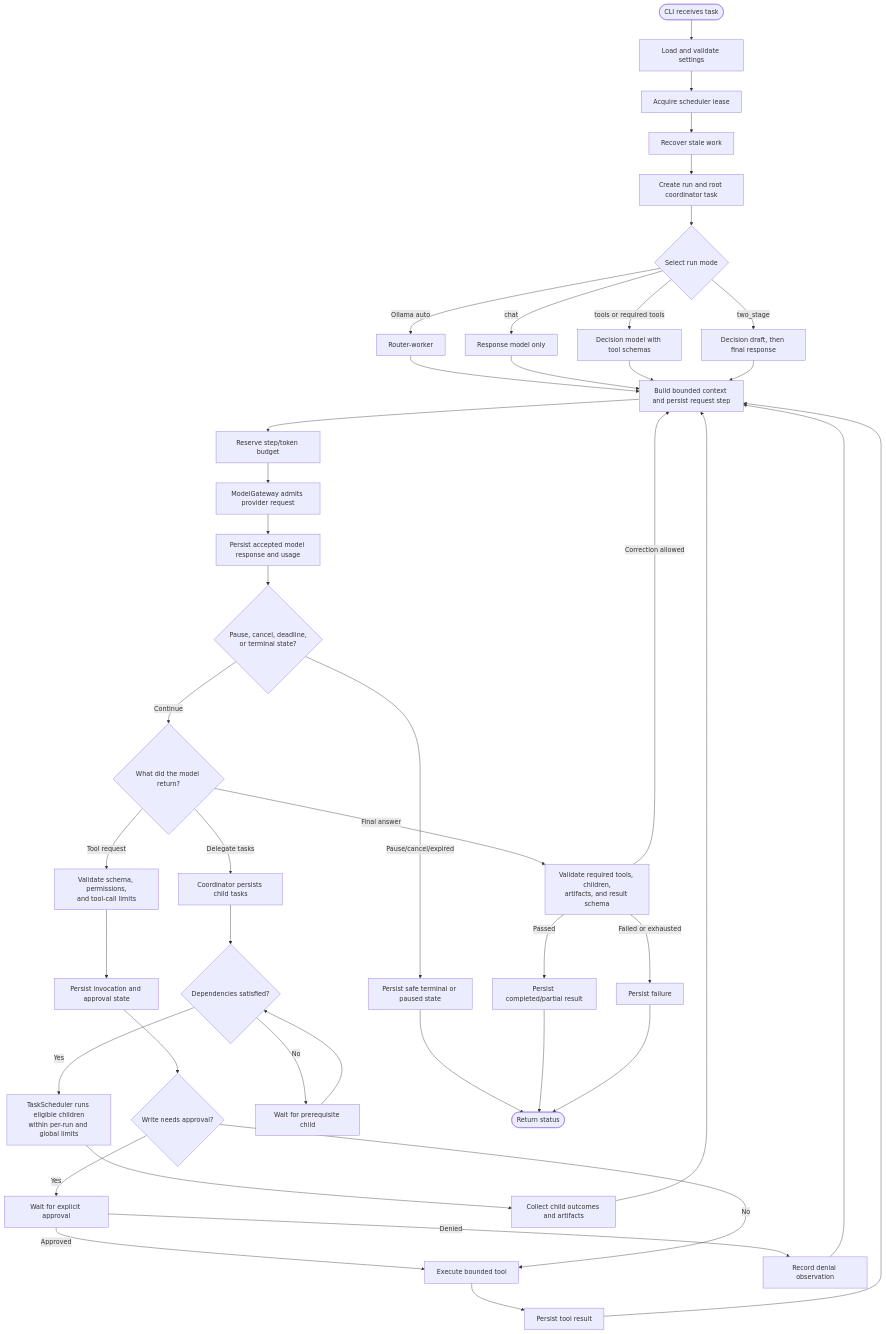
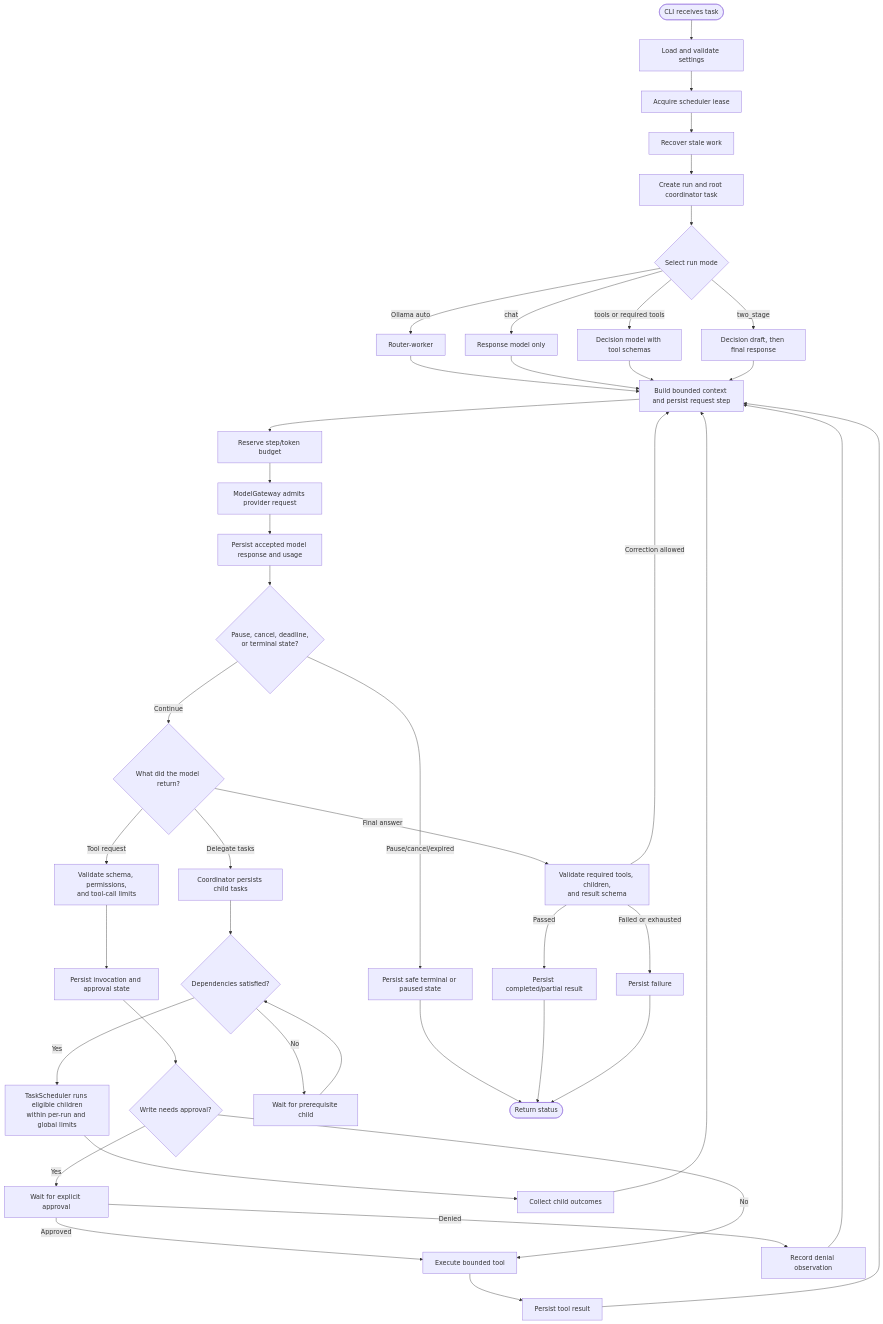
Before and after one commit to debnathdhruba/AISO_HARNESS: the second of 5 diagrams in flowchart.md, drawn with Mermaid. The commit also changed other lines of this file and 80 other files, not shown here.

````diff
--- a/flowchart.md
+++ b/flowchart.md
@@ -51,51 +51,51 @@
 ```mermaid
 flowchart TD
     START([CLI receives task]) --> SETTINGS[Load and validate settings]
     SETTINGS --> LEASE[Acquire scheduler lease]
     LEASE --> RECOVERY[Recover stale work]
     RECOVERY --> SUBMIT[Create run and root coordinator task]
     SUBMIT --> MODE{Select run mode}
 
     MODE -->|Ollama auto| ROUTER[Router-worker]
     MODE -->|chat| CHAT[Response model only]
     MODE -->|tools or required tools| DECIDE[Decision model with tool schemas]
     MODE -->|two_stage| DRAFT[Decision draft, then final response]
 
     ROUTER --> STEP[Build bounded context and persist request step]
     CHAT --> STEP
     DECIDE --> STEP
     DRAFT --> STEP
     STEP --> RESERVE[Reserve step/token budget]
     RESERVE --> MODEL[ModelGateway admits provider request]
     MODEL --> ACCEPT[Persist accepted model response and usage]
     ACCEPT --> CONTROL{Pause, cancel, deadline,<br/>or terminal state?}
     CONTROL -->|Pause/cancel/expired| SAFE[Persist safe terminal or paused state]
     CONTROL -->|Continue| ACTION{What did the model return?}
 
     ACTION -->|Tool request| VALIDATE[Validate schema, permissions,<br/>and tool-call limits]
     VALIDATE --> INVOCATION[Persist invocation and approval state]
     INVOCATION --> APPROVAL{Write needs approval?}
     APPROVAL -->|Yes| WAIT[Wait for explicit approval]
     WAIT -->|Approved| EXECUTE[Execute bounded tool]
     WAIT -->|Denied| OBSERVE[Record denial observation]
     APPROVAL -->|No| EXECUTE
     EXECUTE --> RESULT_TOOL[Persist tool result]
     OBSERVE --> STEP
     RESULT_TOOL --> STEP
 
     ACTION -->|Delegate tasks| CHILD[Coordinator persists child tasks]
     CHILD --> DEP{Dependencies satisfied?}
     DEP -->|Yes| PARALLEL[TaskScheduler runs eligible children<br/>within per-run and global limits]
     DEP -->|No| BLOCKED[Wait for prerequisite child]
     BLOCKED --> DEP
-    PARALLEL --> JOIN[Collect child outcomes and artifacts]
+    PARALLEL --> JOIN[Collect child outcomes]
     JOIN --> STEP
 
-    ACTION -->|Final answer| CHECK[Validate required tools, children,<br/>artifacts, and result schema]
+    ACTION -->|Final answer| CHECK[Validate required tools, children,<br/>and result schema]
     CHECK -->|Correction allowed| STEP
     CHECK -->|Passed| FINISH[Persist completed/partial result]
     CHECK -->|Failed or exhausted| FAIL[Persist failure]
     SAFE --> EXIT([Return status])
     FINISH --> EXIT
     FAIL --> EXIT
 ```
````
